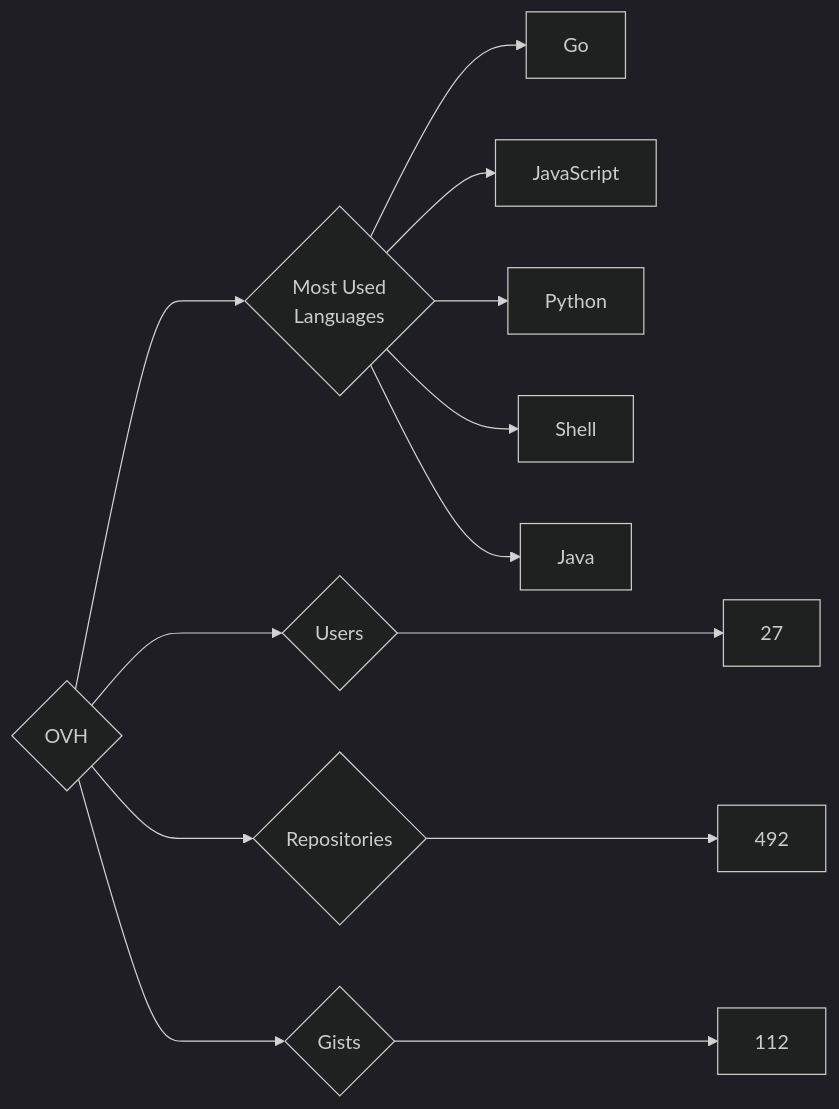
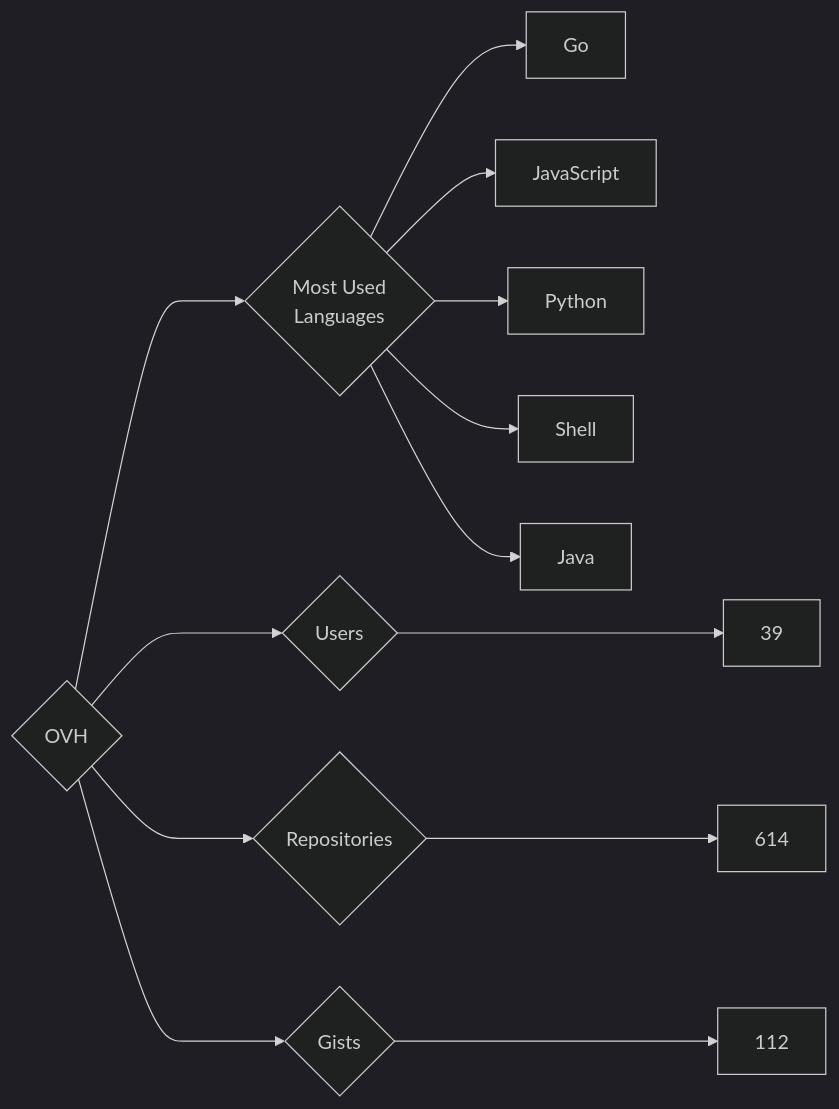
One commit to trickest/insiders changed the diagram in targets/OVH/README.md. Above: the diagram before and after it, drawn with Mermaid (dark theme). The commit also changed 715 other files, not shown here.

````diff
--- a/targets/OVH/README.md
+++ b/targets/OVH/README.md
@@ -3,13 +3,13 @@
 ```mermaid
 graph LR
 COMPANY_NAME{OVH}
-COMPANY_NAME ---> U{Users} ---> UN[27]
-COMPANY_NAME ---> R{Repositories} ---> RN[492]
+COMPANY_NAME ---> U{Users} ---> UN[39]
+COMPANY_NAME ---> R{Repositories} ---> RN[614]
 COMPANY_NAME ---> G{Gists} ---> GN[112]
 COMPANY_NAME ---> ML{Most Used<br>Languages}
 ML --> Go[Go]
 ML --> JavaScript[JavaScript]
 ML --> Python[Python]
 ML --> Shell[Shell]
 ML --> Java[Java]
 ```
````
